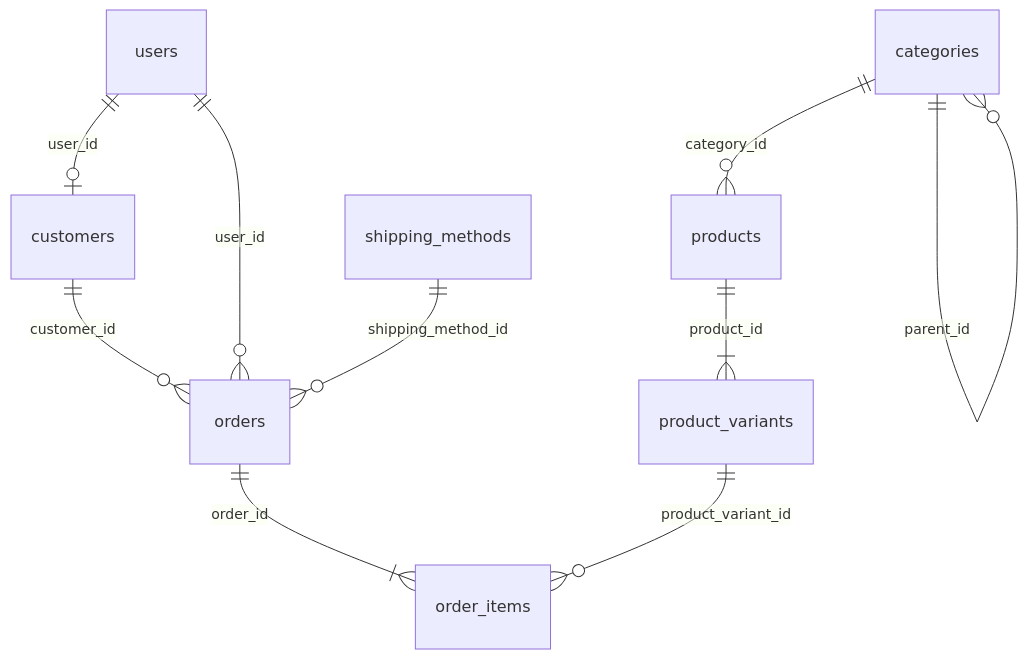
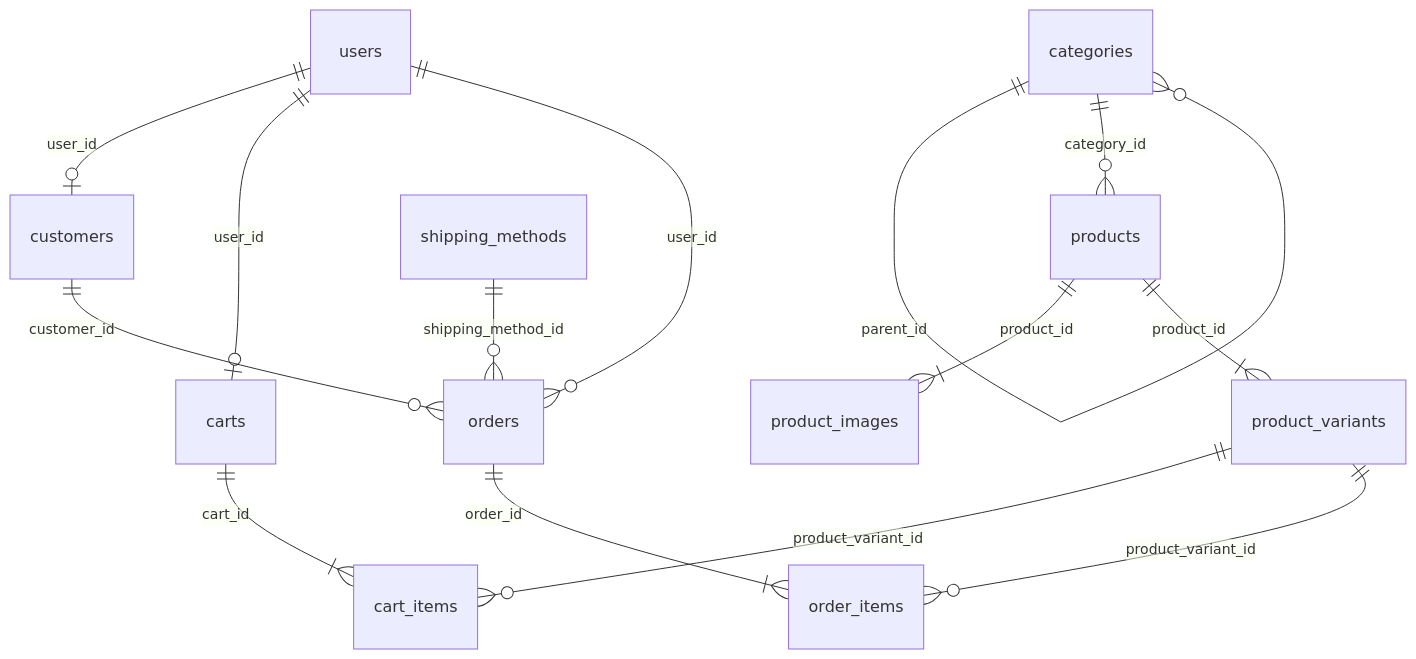
The diagram in docs/specification.md (yasu0311/iorishobo), drawn with Mermaid before and after one commit. The commit also changed other lines of this file and 1 other file, not shown here.

````diff
--- a/docs/specification.md
+++ b/docs/specification.md
@@ -219,12 +283,16 @@
 ```mermaid
 erDiagram
     categories ||--o{ categories : "parent_id"
     categories ||--o{ products : "category_id"
+    products ||--|{ product_images : "product_id"
     products ||--|{ product_variants : "product_id"
     users ||--o| customers : "user_id"
+    users ||--o| carts : "user_id"
+    carts ||--|{ cart_items : "cart_id"
+    product_variants ||--o{ cart_items : "product_variant_id"
     customers ||--o{ orders : "customer_id"
     users ||--o{ orders : "user_id"
     shipping_methods ||--o{ orders : "shipping_method_id"
     orders ||--|{ order_items : "order_id"
     product_variants ||--o{ order_items : "product_variant_id"
 ```
````
